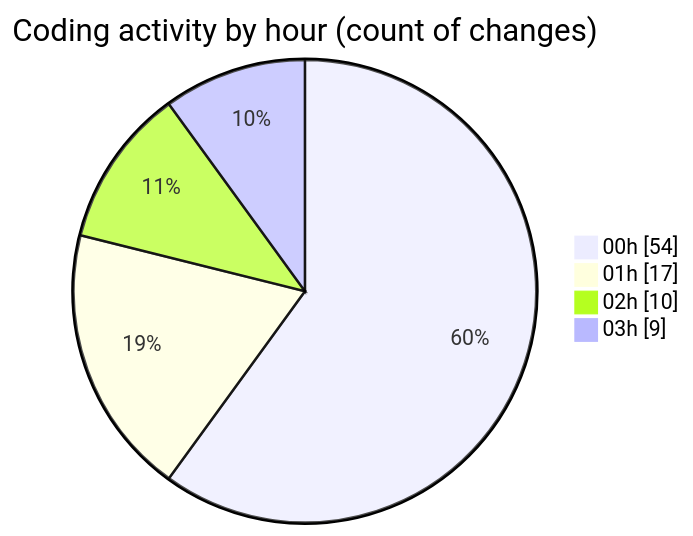
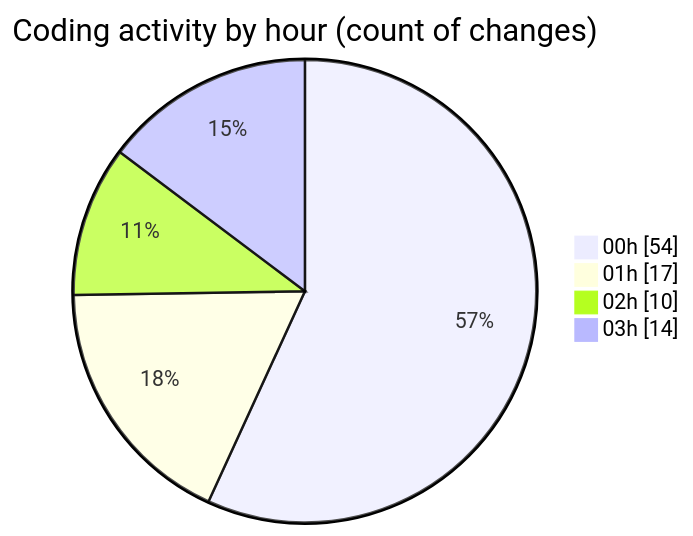
The second of 2 diagrams in 2025-07-26/quanlyrapchieuphim-1/README.md (lephambinh05/code-tracking), drawn with Mermaid before and after one commit. The commit also changed other lines of this file and 1 other file, not shown here.

````diff
--- a/2025-07-26/quanlyrapchieuphim-1/README.md
+++ b/2025-07-26/quanlyrapchieuphim-1/README.md
@@ -35,8 +36,8 @@
 ```mermaid
 pie showData
 title Coding activity by hour (count of changes)
 "00h" : 54
 "01h" : 17
 "02h" : 10
-"03h" : 9
+"03h" : 14
 ```
````
